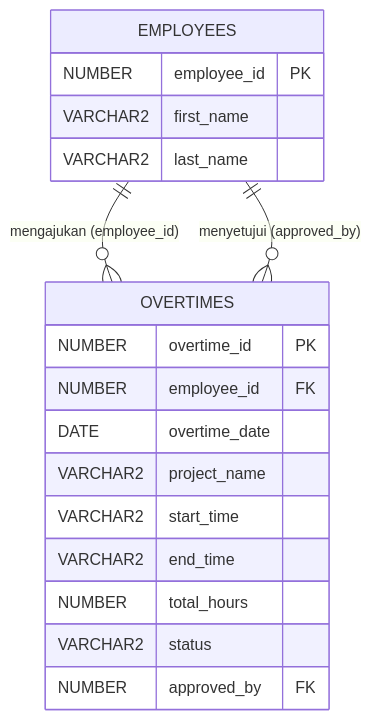
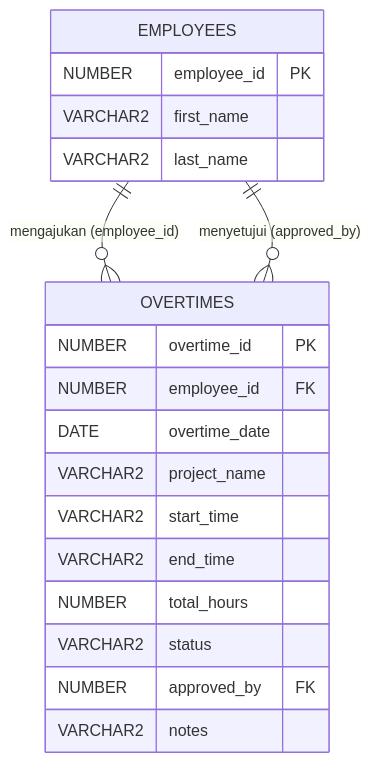
One commit to afebrii/express-hr-simple-api changed the diagram in docs/day04-challenge-no1/present.md. Above: the diagram before and after it, drawn with Mermaid. The commit also changed other lines of this file and 13 other files, not shown here.

Commit message:
docs: update present.md and add penjelasan-diagram-alur.md flow diagrams

````diff
--- a/docs/day04-challenge-no1/present.md
+++ b/docs/day04-challenge-no1/present.md
@@ -36,21 +37,22 @@
 ```mermaid
 erDiagram
     EMPLOYEES {
         NUMBER employee_id PK
         VARCHAR2 first_name
         VARCHAR2 last_name
     }
     OVERTIMES {
         NUMBER overtime_id PK
         NUMBER employee_id FK
         DATE overtime_date
         VARCHAR2 project_name
         VARCHAR2 start_time
         VARCHAR2 end_time
         NUMBER total_hours
         VARCHAR2 status
         NUMBER approved_by FK
+        VARCHAR2 notes
     }
     EMPLOYEES ||--o{ OVERTIMES : "mengajukan (employee_id)"
     EMPLOYEES ||--o{ OVERTIMES : "menyetujui (approved_by)"
 ```
````
